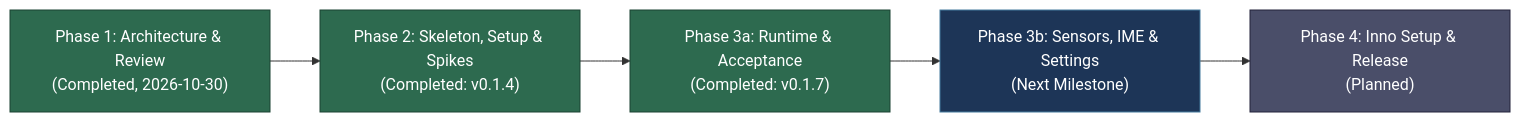
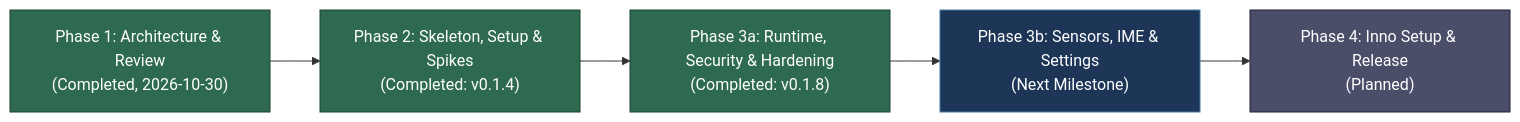
One commit to OrcusExtreme/Orcus_APK_Emulator changed the diagram in README.md. Above: the diagram before and after it, drawn with Mermaid. The commit also changed other lines of this file and 44 other files, not shown here.

````diff
--- a/README.md
+++ b/README.md
@@ -86,12 +86,12 @@
 ```mermaid
 flowchart LR
     A["Phase 1: Architecture & Review<br/>(Completed, 2026-10-30)"] --> B["Phase 2: Skeleton, Setup & Spikes<br/>(Completed: v0.1.4)"]
-    B --> C["Phase 3a: Runtime & Acceptance<br/>(Completed: v0.1.7)"]
+    B --> C["Phase 3a: Runtime, Security & Hardening<br/>(Completed: v0.1.8)"]
     C --> D["Phase 3b: Sensors, IME & Settings<br/>(Next Milestone)"]
     D --> E["Phase 4: Inno Setup & Release<br/>(Planned)"]
     style A fill:#2d6a4f,stroke:#1b4332,color:#fff
     style B fill:#2d6a4f,stroke:#1b4332,color:#fff
     style C fill:#2d6a4f,stroke:#1b4332,color:#fff
     style D fill:#1d3557,stroke:#457b9d,color:#fff
     style E fill:#4a4e69,stroke:#22223b,color:#fff
 ```
````
